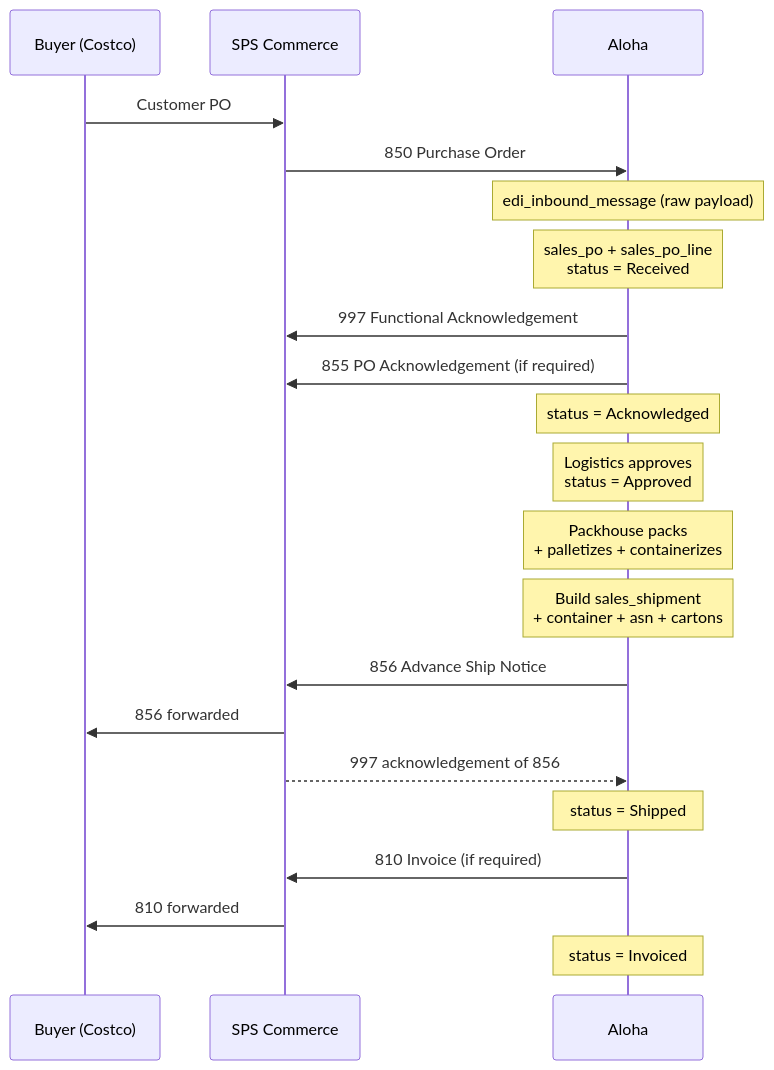
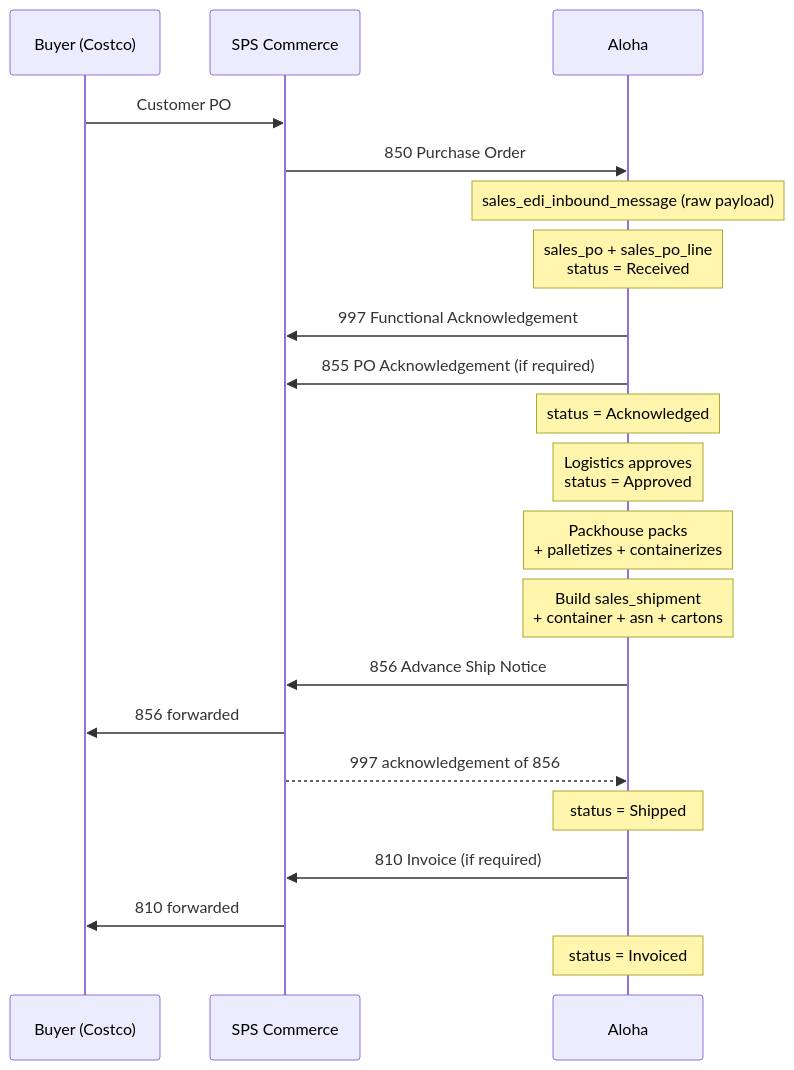
The first of 2 diagrams in docs/processes/20260408000012_sps_edi_integration.md (Hawaii-Farming/aloha-data-migrations), drawn with Mermaid before and after one commit. The commit also changed other lines of this file and 4 other files, not shown here.

First line of the commit message:
Add CRUD RLS policies + rename edi_inbound_message to sales_ prefix

````diff
--- a/docs/processes/20260408000012_sps_edi_integration.md
+++ b/docs/processes/20260408000012_sps_edi_integration.md
@@ -13,26 +13,26 @@
 ```mermaid
 sequenceDiagram
     participant B as Buyer (Costco)
     participant S as SPS Commerce
     participant A as Aloha
 
     B->>S: Customer PO
     S->>A: 850 Purchase Order
-    Note over A: edi_inbound_message (raw payload)
+    Note over A: sales_edi_inbound_message (raw payload)
     Note over A: sales_po + sales_po_line<br/>status = Received
     A->>S: 997 Functional Acknowledgement
     A->>S: 855 PO Acknowledgement (if required)
     Note over A: status = Acknowledged
 
     Note over A: Logistics approves<br/>status = Approved
     Note over A: Packhouse packs<br/>+ palletizes + containerizes
     Note over A: Build sales_shipment<br/>+ container + asn + cartons
     A->>S: 856 Advance Ship Notice
     S->>B: 856 forwarded
     S-->>A: 997 acknowledgement of 856
     Note over A: status = Shipped
 
     A->>S: 810 Invoice (if required)
     S->>B: 810 forwarded
     Note over A: status = Invoiced
 ```
````
